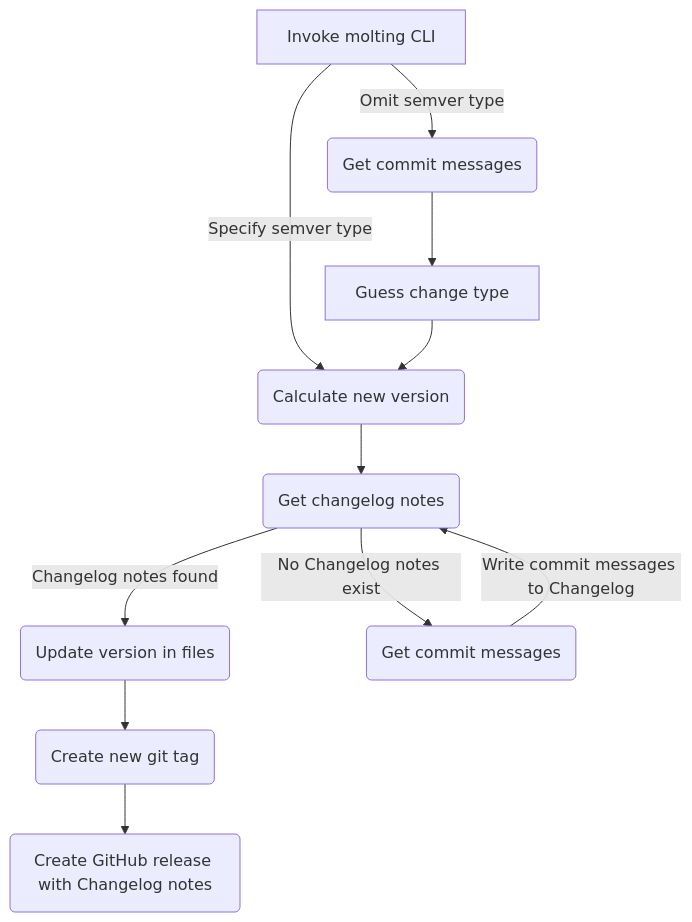
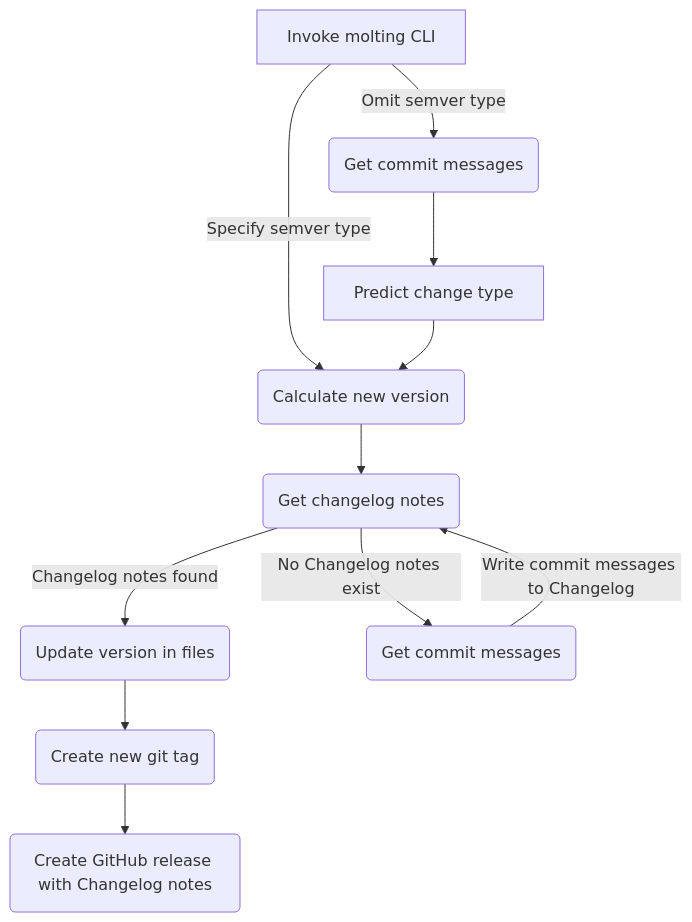
One commit to lucasmelin/molting changed the diagram in README.md. Above: the diagram before and after it, drawn with Mermaid. The commit also changed other lines of this file, not shown here.

````diff
--- a/README.md
+++ b/README.md
@@ -20,13 +26,13 @@
 ```mermaid
 graph TD
     A[Invoke molting CLI] -->|Specify semver type| B(Calculate new version)
     A -->|Omit semver type| C(Get commit messages)
-    C --> D[Guess change type]
+    C --> D[Predict change type]
     D --> B
     B --> G(Get changelog notes)
     G -->|Changelog notes found| E(Update version in files)
     G -->|No Changelog notes exist| J(Get commit messages)
     J -->|Write commit messages to Changelog| G
     E --> F(Create new git tag)
     F --> K(Create GitHub release with Changelog notes)
 ```
````
